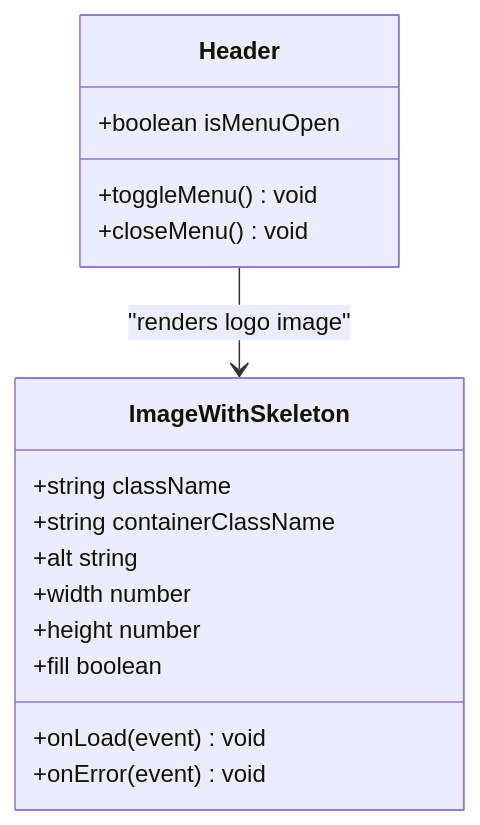
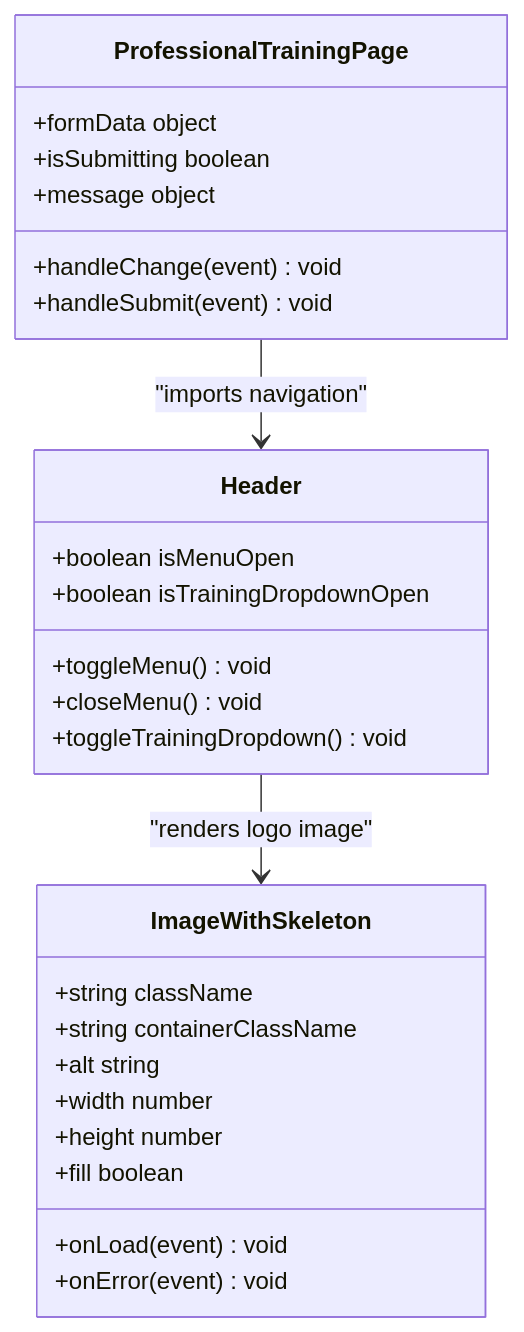
The third of 5 diagrams in .qoder/repowiki/en/content/UI Components/Navigation Components.md (Black-box01/rhemaexpertsolutions), drawn with Mermaid before and after one commit. The commit also changed other lines of this file and 22 other files, not shown here.

First line of the commit message:
feat(professional-trainings): add professional training registration system

````diff
--- a/.qoder/repowiki/en/content/UI Components/Navigation Components.md
+++ b/.qoder/repowiki/en/content/UI Components/Navigation Components.md
@@ -153,19 +181,29 @@
 ```mermaid
 classDiagram
 class Header {
 +boolean isMenuOpen
++boolean isTrainingDropdownOpen
 +toggleMenu() void
 +closeMenu() void
++toggleTrainingDropdown() void
 }
 class ImageWithSkeleton {
 +string className
 +string containerClassName
 +onLoad(event) void
 +onError(event) void
 +alt string
 +width number
 +height number
 +fill boolean
 }
+class ProfessionalTrainingPage {
++formData object
++isSubmitting boolean
++message object
++handleChange(event) void
++handleSubmit(event) void
+}
 Header --> ImageWithSkeleton : "renders logo image"
+ProfessionalTrainingPage --> Header : "imports navigation"
 ```
````
